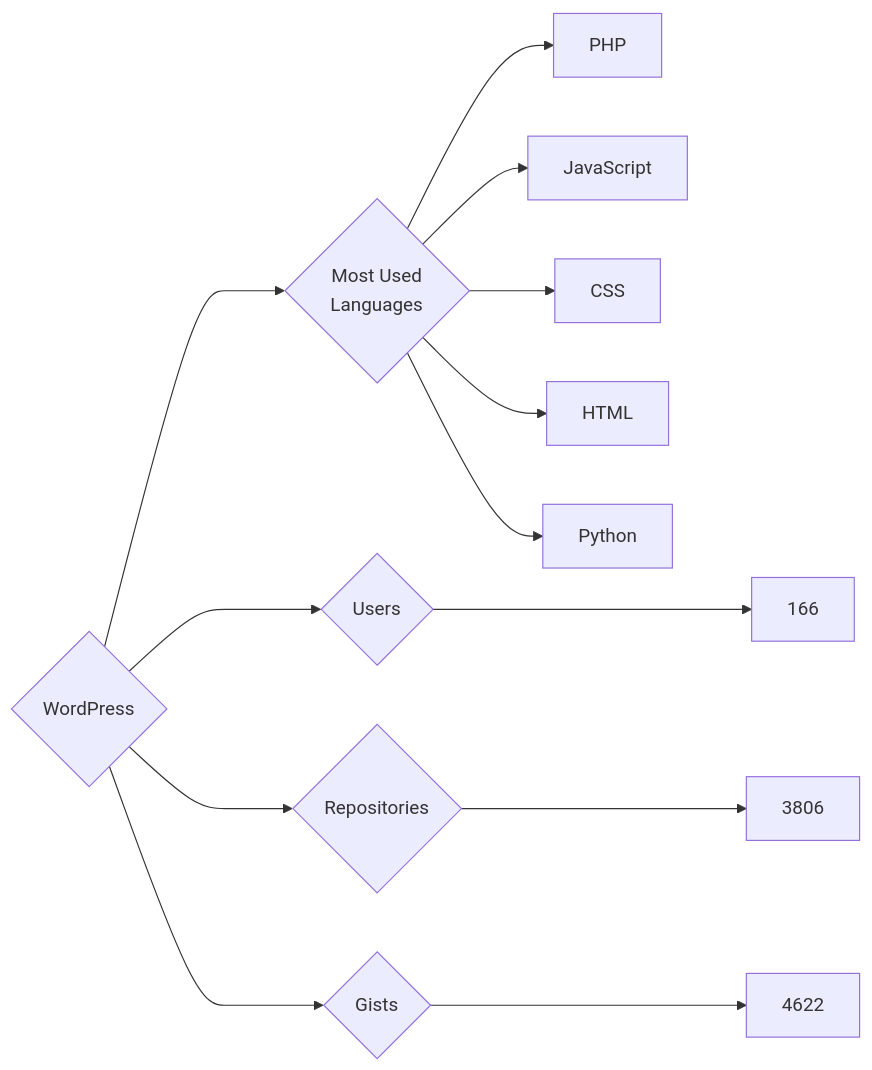
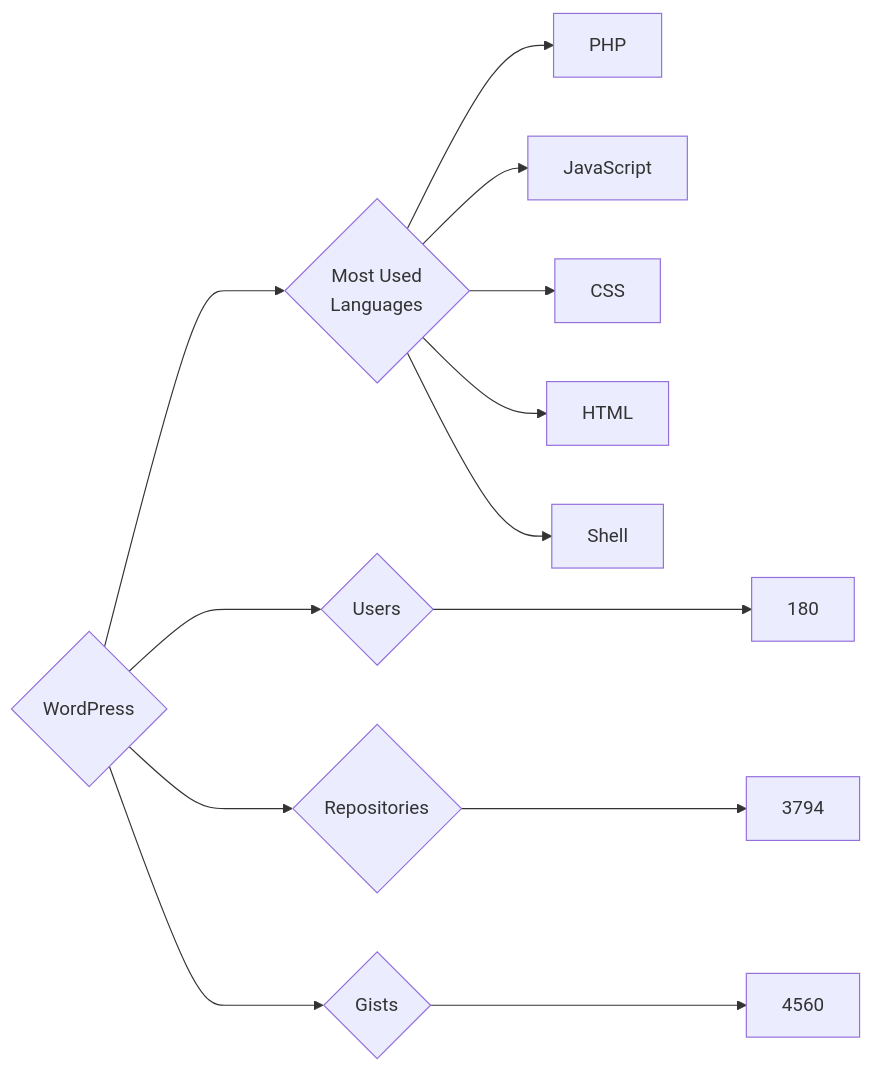
One commit to trickest/insiders changed the diagram in targets/WordPress/README.md. Above: the diagram before and after it, drawn with Mermaid. The commit also changed 976 other files, not shown here.

````diff
--- a/targets/WordPress/README.md
+++ b/targets/WordPress/README.md
@@ -3,13 +3,13 @@
 ```mermaid
 graph LR
 COMPANY_NAME{WordPress}
-COMPANY_NAME ---> U{Users} ---> UN[166]
-COMPANY_NAME ---> R{Repositories} ---> RN[3806]
-COMPANY_NAME ---> G{Gists} ---> GN[4622]
+COMPANY_NAME ---> U{Users} ---> UN[180]
+COMPANY_NAME ---> R{Repositories} ---> RN[3794]
+COMPANY_NAME ---> G{Gists} ---> GN[4560]
 COMPANY_NAME ---> ML{Most Used<br>Languages}
 ML --> PHP[PHP]
 ML --> JavaScript[JavaScript]
 ML --> CSS[CSS]
 ML --> HTML[HTML]
-ML --> Python[Python]
+ML --> Shell[Shell]
 ```
````
